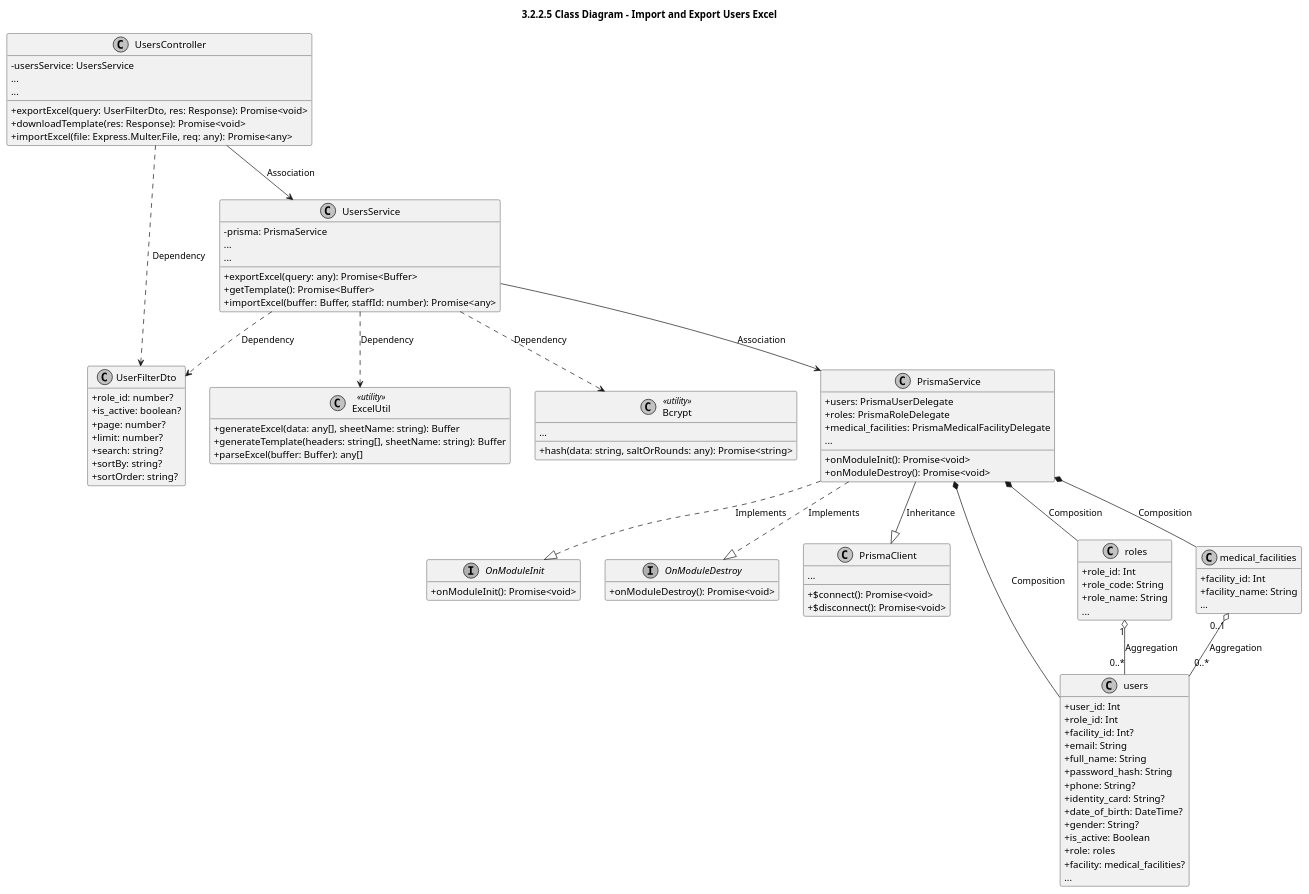
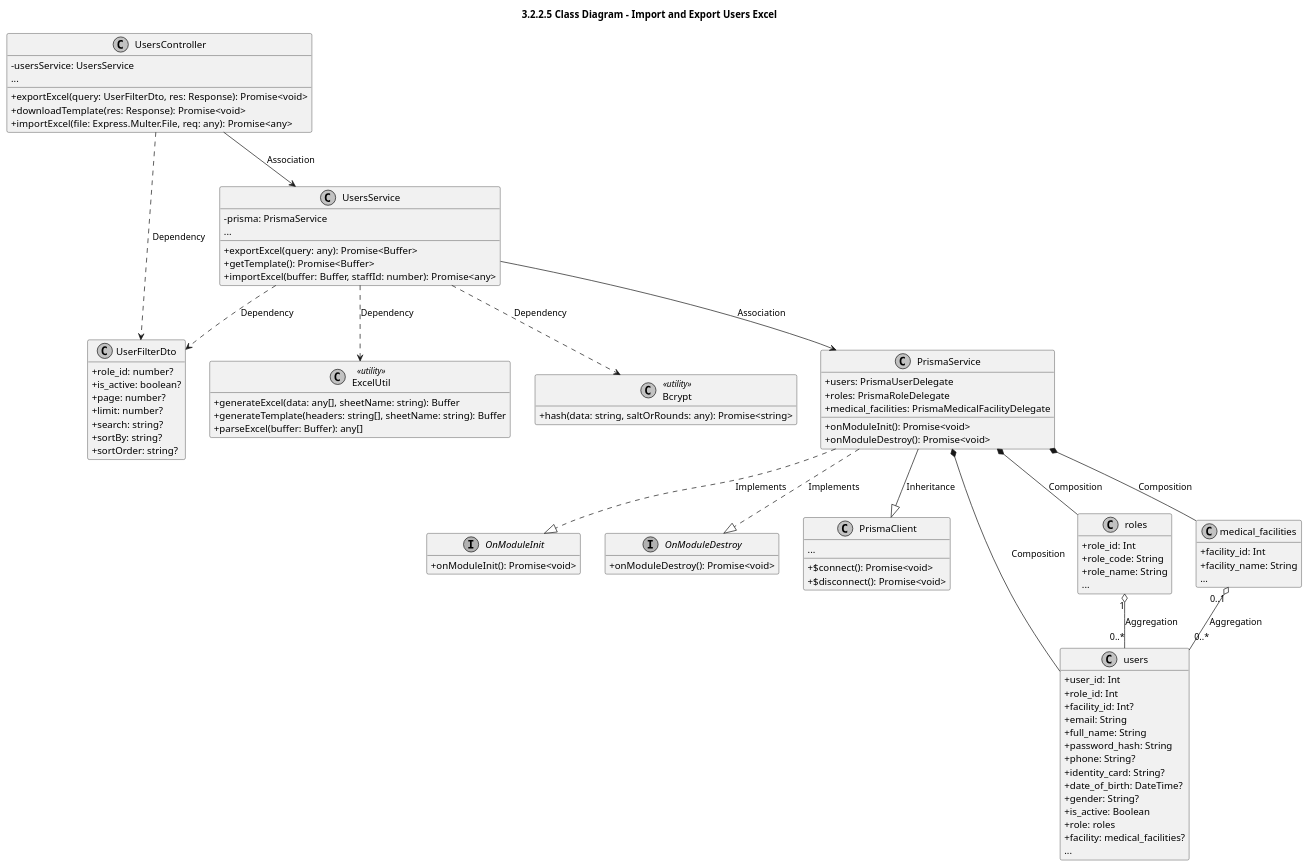
One commit to CuongBC195/class-diagram-donation-blood changed the sixth of 6 diagrams in modules_plantuml/02_users.md. Above: the diagram before and after it, drawn with PlantUML. The commit also changed other lines of this file and 41 other files, not shown here.

Commit message:
fix(diagrams): remove duplicate ellipses and resolve swimlane text collisions for enums and utilities

```diff
--- a/modules_plantuml/02_users.md
+++ b/modules_plantuml/02_users.md
@@ -945,7 +924,6 @@
 
 class UsersController {
   -usersService: UsersService
-  ...
   +exportExcel(query: UserFilterDto, res: Response): Promise<void>
   +downloadTemplate(res: Response): Promise<void>
   +importExcel(file: Express.Multer.File, req: any): Promise<any>
@@ -964,7 +942,6 @@
 
 class UsersService {
   -prisma: PrismaService
-  ...
   +exportExcel(query: any): Promise<Buffer>
   +getTemplate(): Promise<Buffer>
   +importExcel(buffer: Buffer, staffId: number): Promise<any>
@@ -979,7 +956,6 @@
 
 class Bcrypt <<utility>> {
   +hash(data: string, saltOrRounds: any): Promise<string>
-  ...
 }
 
 interface OnModuleInit {
@@ -1000,7 +976,6 @@
   +users: PrismaUserDelegate
   +roles: PrismaRoleDelegate
   +medical_facilities: PrismaMedicalFacilityDelegate
-  ...
   +onModuleInit(): Promise<void>
   +onModuleDestroy(): Promise<void>
 }
```
